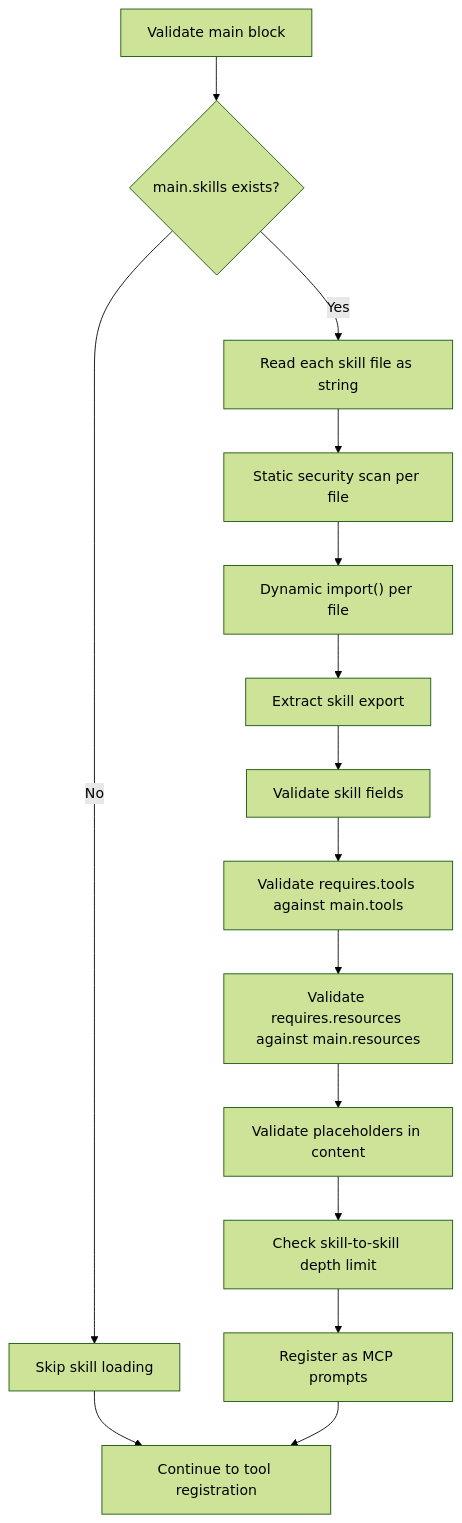
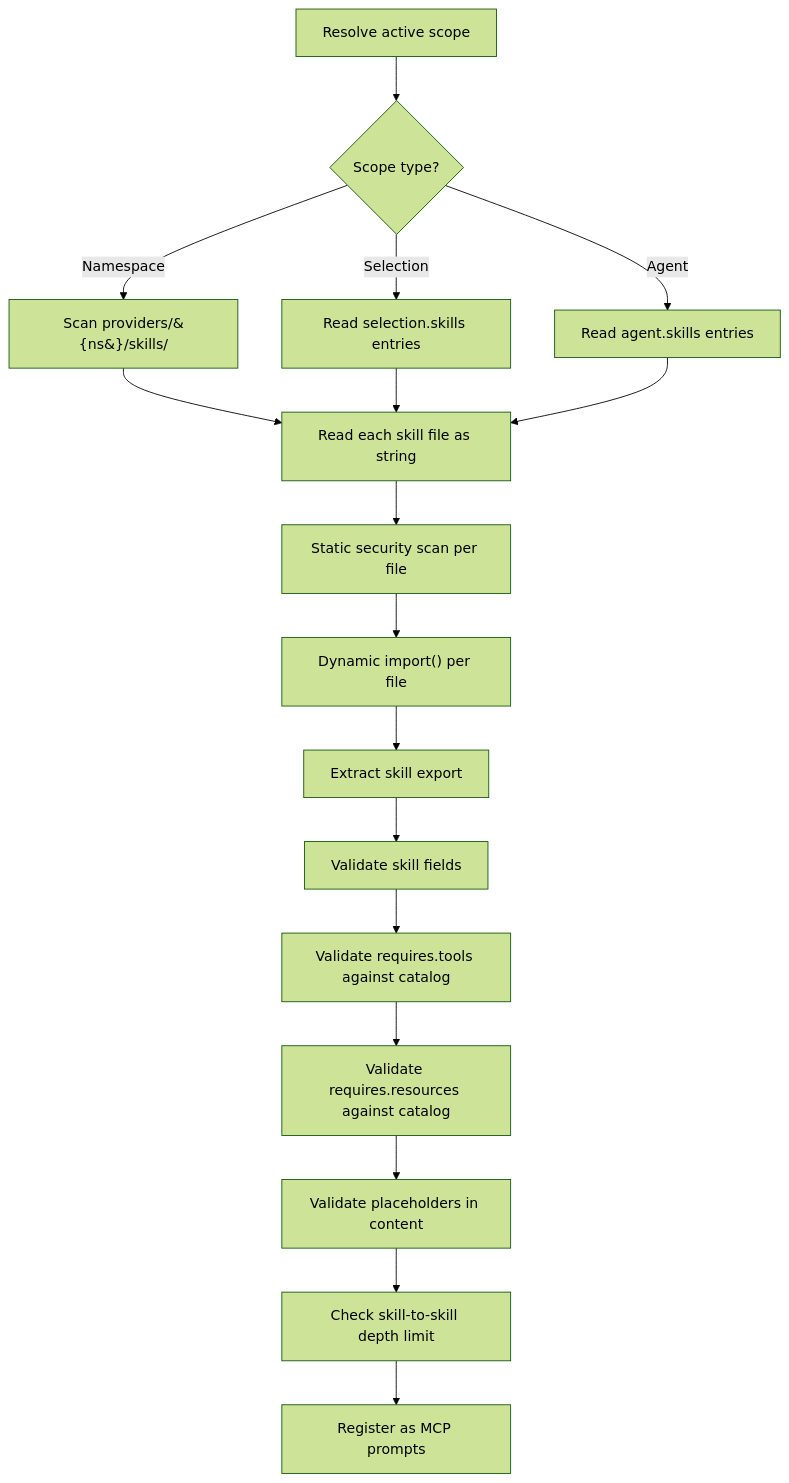
One commit to FlowMCP/flowmcp-spec changed the second of 2 diagrams in spec/v4.0.0/14-skills.md. Above: the diagram before and after it, drawn with Mermaid (forest theme). The commit also changed other lines of this file, not shown here.

First line of the commit message:
docs(spec): skills namespace/selection/agent scoping #15

````diff
--- a/spec/v4.0.0/14-skills.md
+++ b/spec/v4.0.0/14-skills.md
@@ -747,17 +756,19 @@
 ```mermaid
 flowchart TD
-    A[Validate main block] --> B{main.skills exists?}
-    B -->|No| C[Skip skill loading]
-    B -->|Yes| D[Read each skill file as string]
+    A[Resolve active scope] --> B{Scope type?}
+    B -->|Namespace| C1[Scan providers/&#123;ns&#125;/skills/]
+    B -->|Selection| C2[Read selection.skills entries]
+    B -->|Agent| C3[Read agent.skills entries]
+    C1 --> D[Read each skill file as string]
+    C2 --> D
+    C3 --> D
     D --> E[Static security scan per file]
     E --> F["Dynamic import() per file"]
     F --> G[Extract skill export]
     G --> H[Validate skill fields]
-    H --> I[Validate requires.tools against main.tools]
-    I --> J[Validate requires.resources against main.resources]
+    H --> I[Validate requires.tools against catalog]
+    I --> J[Validate requires.resources against catalog]
     J --> K[Validate placeholders in content]
     K --> L[Check skill-to-skill depth limit]
     L --> M[Register as MCP prompts]
-    C --> N[Continue to tool registration]
-    M --> N
 ```
````
